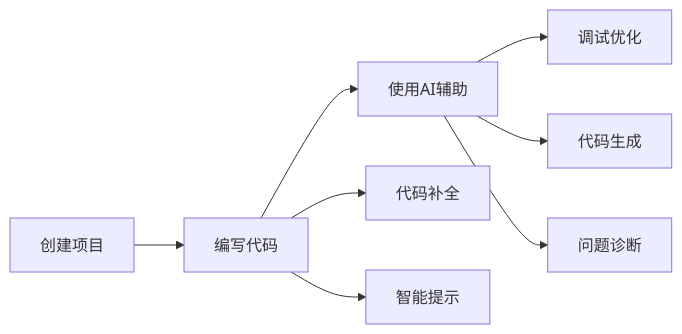
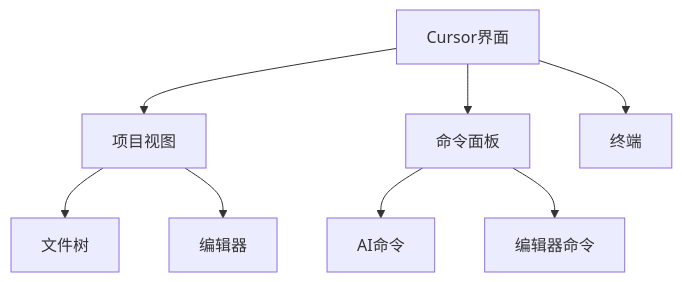
The diagram in base/第一章-基础入门.md (wutongci/cursor-courses), drawn with Mermaid before and after one commit. The commit also changed other lines of this file and 5 other files, not shown here.

````diff
--- a/base/第一章-基础入门.md
+++ b/base/第一章-基础入门.md
@@ -178,12 +24,10 @@
 ```mermaid
-graph LR
-    A[创建项目] --> B[编写代码]
-    B --> C[使用AI辅助]
-    C --> D[调试优化]
-    
-    B --> E[代码补全]
-    B --> F[智能提示]
-    
-    C --> G[代码生成]
-    C --> H[问题诊断]
+graph TD
+A[Cursor界面] --> B[项目视图]
+B --> C[文件树]
+B --> D[编辑器]
+A --> E[命令面板]
+E --> F[AI命令]
+E --> G[编辑器命令]
+A --> H[终端]
 ```
````
